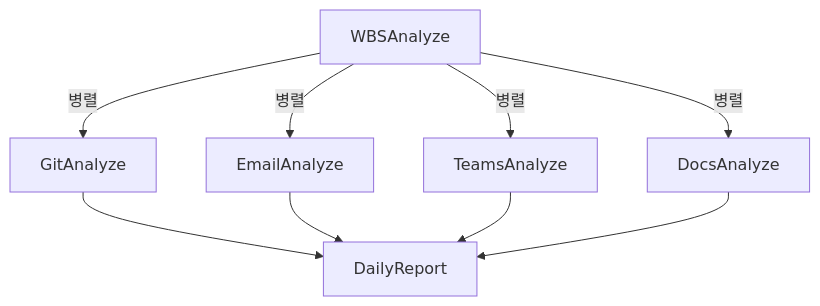
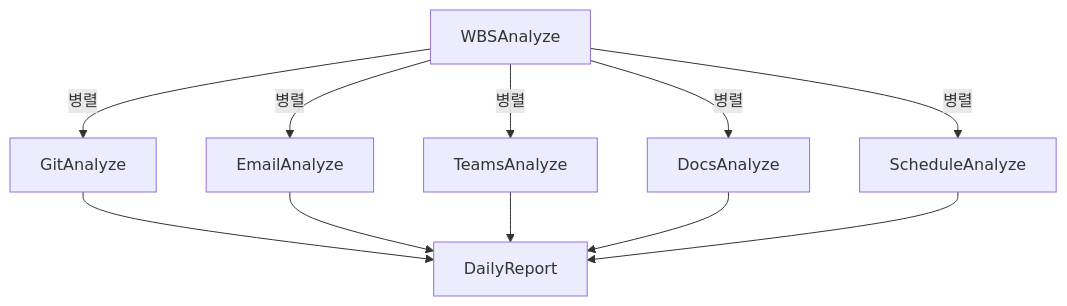
The first of 3 diagrams in README.md (skala-yAXim/AI-end), drawn with Mermaid before and after one commit.

````diff
--- a/README.md
+++ b/README.md
@@ -33,11 +33,13 @@
  ```mermaid
 graph TD;
     WBSAnalyze -->|병렬| GitAnalyze
     WBSAnalyze -->|병렬| EmailAnalyze
     WBSAnalyze -->|병렬| TeamsAnalyze
     WBSAnalyze -->|병렬| DocsAnalyze
+    WBSAnalyze -->|병렬| ScheduleAnalyze
     GitAnalyze --> DailyReport
     EmailAnalyze --> DailyReport
     TeamsAnalyze --> DailyReport
     DocsAnalyze --> DailyReport
+   ScheduleAnalyze --> DailyReport
 ```
````
